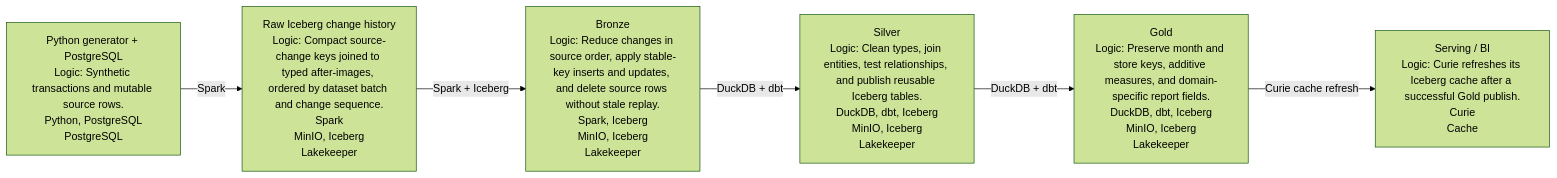
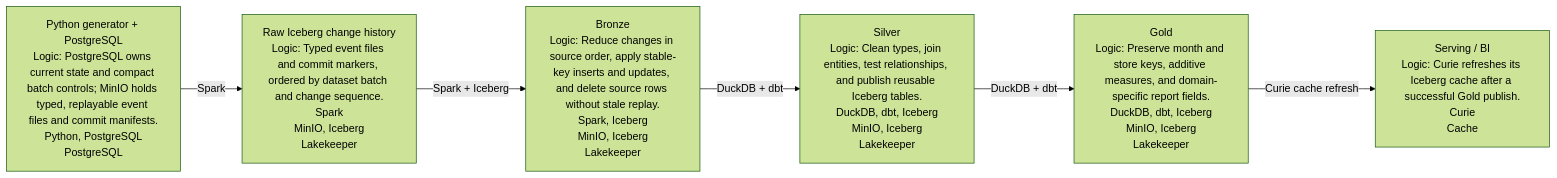
The diagram in docs/dataflow/diagrams/project_dataflow.mmd (AntonMiniazev/ampere_project), drawn with Mermaid (forest theme) before and after one commit. The commit also changed 51 other files, not shown here.

Commit message:
refactor(pipeline): replace PostgreSQL journal with staged Parquet

```diff
--- a/docs/dataflow/diagrams/project_dataflow.mmd
+++ b/docs/dataflow/diagrams/project_dataflow.mmd
@@ -1,13 +1,13 @@
 flowchart LR
-    L_SOURCE["Python generator + PostgreSQL<br/>Logic: Synthetic transactions and mutable source rows.<br/>Python, PostgreSQL<br/>PostgreSQL"]
-    L_RAW["Raw Iceberg change history<br/>Logic: Compact source-change keys joined to typed after-images, ordered by dataset batch and change sequence.<br/>Spark<br/>MinIO, Iceberg<br/>Lakekeeper"]
+    L_SOURCE["Python generator + PostgreSQL<br/>Logic: PostgreSQL owns current state and compact batch controls; MinIO holds typed, replayable event files and commit manifests.<br/>Python, PostgreSQL<br/>PostgreSQL"]
+    L_RAW["Raw Iceberg change history<br/>Logic: Typed event files and commit markers, ordered by dataset batch and change sequence.<br/>Spark<br/>MinIO, Iceberg<br/>Lakekeeper"]
     L_BRONZE["Bronze<br/>Logic: Reduce changes in source order, apply stable-key inserts and updates, and delete source rows without stale replay.<br/>Spark, Iceberg<br/>MinIO, Iceberg<br/>Lakekeeper"]
     L_SILVER["Silver<br/>Logic: Clean types, join entities, test relationships, and publish reusable Iceberg tables.<br/>DuckDB, dbt, Iceberg<br/>MinIO, Iceberg<br/>Lakekeeper"]
     L_GOLD["Gold<br/>Logic: Preserve month and store keys, additive measures, and domain-specific report fields.<br/>DuckDB, dbt, Iceberg<br/>MinIO, Iceberg<br/>Lakekeeper"]
     L_SERVING["Serving / BI<br/>Logic: Curie refreshes its Iceberg cache after a successful Gold publish.<br/>Curie<br/>Cache"]
 
     L_SOURCE -->|"Spark"| L_RAW
     L_RAW -->|"Spark + Iceberg"| L_BRONZE
     L_BRONZE -->|"DuckDB + dbt"| L_SILVER
     L_SILVER -->|"DuckDB + dbt"| L_GOLD
     L_GOLD -->|"Curie cache refresh"| L_SERVING
```
